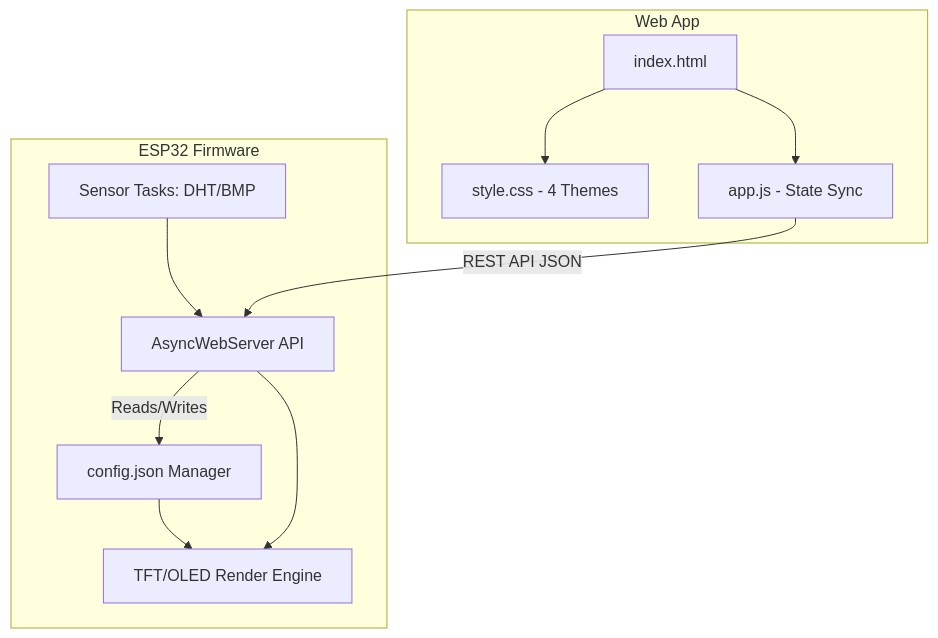
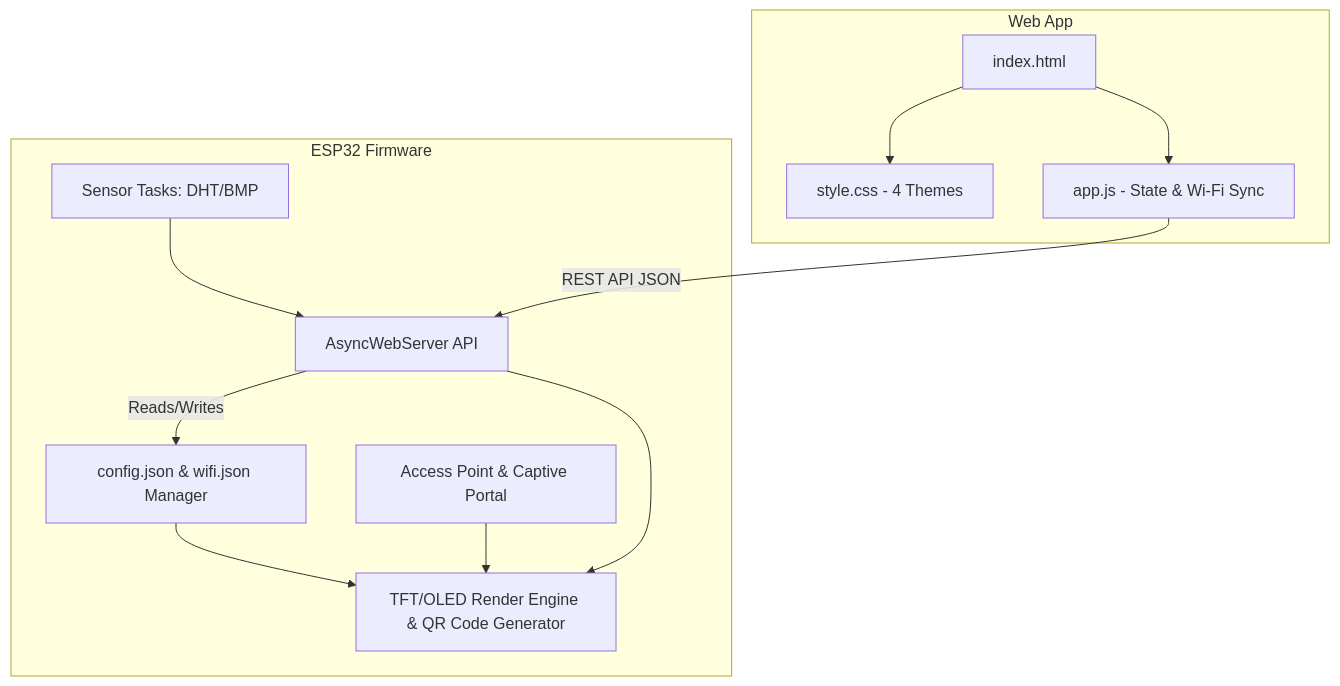
The third of 3 diagrams in README.md (as-repo1/chaos-STATION), drawn with Mermaid before and after one commit. The commit also changed other lines of this file and 8 other files, not shown here.

````diff
--- a/README.md
+++ b/README.md
@@ -121,23 +129,25 @@
 ```mermaid
 graph TD
     subgraph ESP32 Firmware
         API[AsyncWebServer API]
         Sensors[Sensor Tasks: DHT/BMP]
-        Config[config.json Manager]
-        UI[TFT/OLED Render Engine]
+        Config[config.json & wifi.json Manager]
+        UI[TFT/OLED Render Engine & QR Code Generator]
+        APMode[Access Point & Captive Portal]
     end
     
     subgraph Web App
         HTML[index.html]
         CSS[style.css - 4 Themes]
-        JS[app.js - State Sync]
+        JS[app.js - State & Wi-Fi Sync]
     end
     
     Sensors --> API
     Config --> UI
+    APMode --> UI
     JS -- REST API JSON --> API
     API --> UI
     API -- Reads/Writes --> Config
     HTML --> CSS
     HTML --> JS
 ```
````
